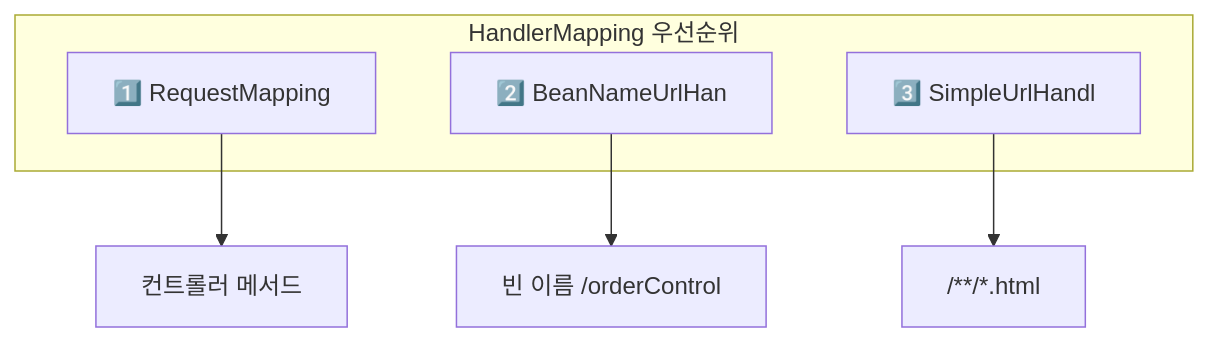
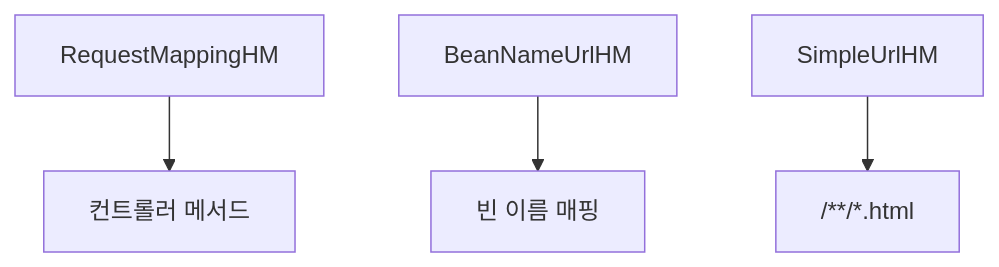
Before and after one commit to yjkim2015/yjkim2015.github.io: the fourth of 14 diagrams in _posts/spring/2026-05-02-spring-mvc-deep.md, drawn with Mermaid. The commit also changed other lines of this file and 155 other files, not shown here.

First line of the commit message:
Mermaid 전면 수정: subgraph 제거, participant/노드/줄수 축소 (342블록)

````diff
--- a/_posts/spring/2026-05-02-spring-mvc-deep.md
+++ b/_posts/spring/2026-05-02-spring-mvc-deep.md
@@ -189,11 +186,6 @@
 ```mermaid
 graph TD
-    subgraph "HandlerMapping 우선순위"
-        A["1️⃣ RequestMapping"]
-        B["2️⃣ BeanNameUrlHan"]
-        D["3️⃣ SimpleUrlHandl"]
-    end
-    A --> E["컨트롤러 메서드"]
-    B --> F["빈 이름 /orderControl"]
-    D --> H["/**/*.html"]
+    A["RequestMappingHM"] --> E["컨트롤러 메서드"]
+    B["BeanNameUrlHM"] --> F["빈 이름 매핑"]
+    D["SimpleUrlHM"] --> H["/**/*.html"]
 ```
````
